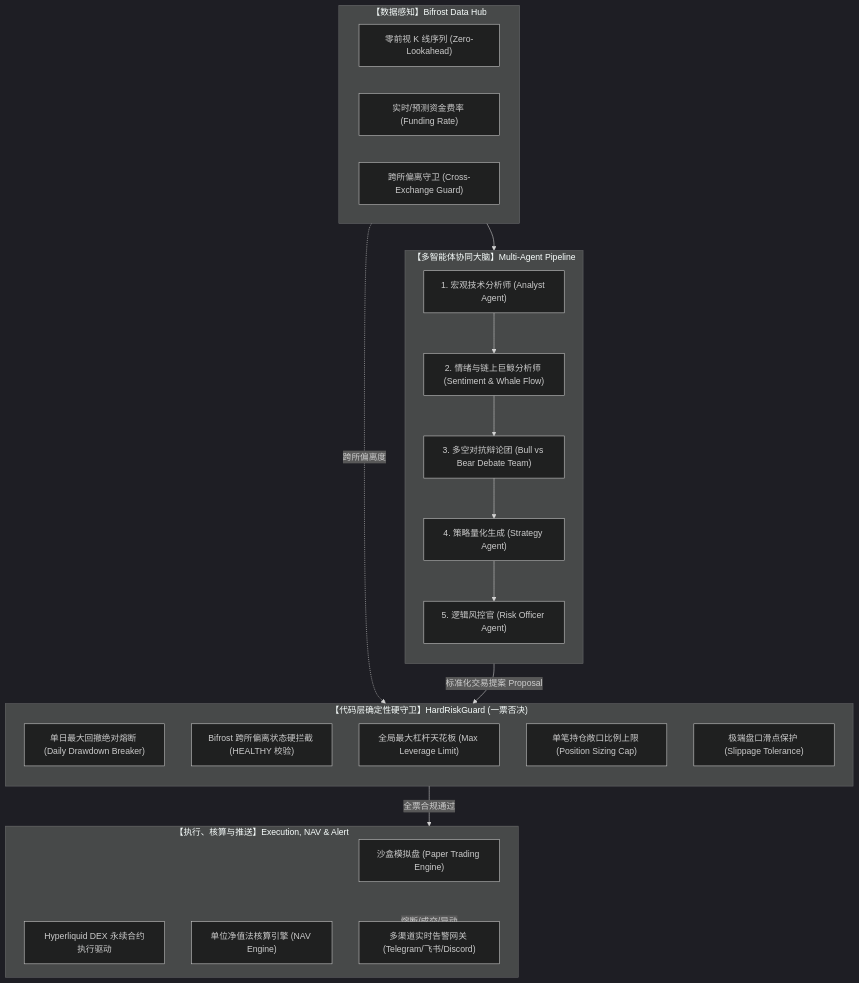
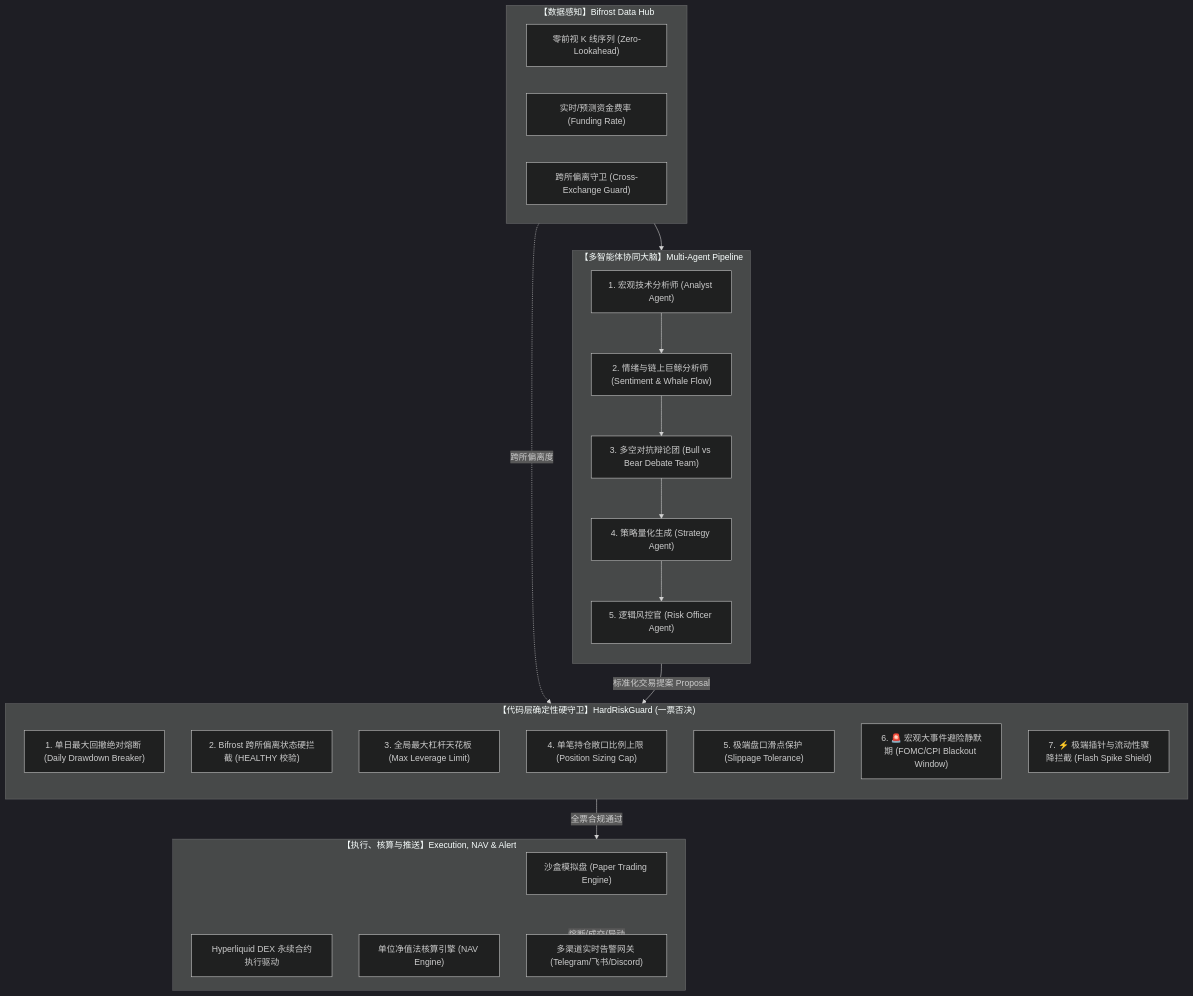
Before and after one commit to open-agentpay/heimdall-trading: the diagram in README_ZH.md, drawn with Mermaid (dark theme). The commit also changed other lines of this file and 7 other files, not shown here.

Commit message:
feat(risk): enhance extreme market protection with macro event blackout calendar and flash spike guard (7 Iron Rules)

````diff
--- a/README_ZH.md
+++ b/README_ZH.md
@@ -53,40 +53,42 @@
 ```mermaid
 flowchart TD
     subgraph Data["【数据感知】Bifrost Data Hub"]
         B1["零前视 K 线序列 (Zero-Lookahead)"]
         B2["实时/预测资金费率 (Funding Rate)"]
         B3["跨所偏离守卫 (Cross-Exchange Guard)"]
     end
 
     subgraph Swarm["【多智能体协同大脑】Multi-Agent Pipeline"]
         direction TB
         A1["1. 宏观技术分析师 (Analyst Agent)"]
         A5["2. 情绪与链上巨鲸分析师 (Sentiment & Whale Flow)"]
         A2["3. 多空对抗辩论团 (Bull vs Bear Debate Team)"]
         A3["4. 策略量化生成 (Strategy Agent)"]
         A4["5. 逻辑风控官 (Risk Officer Agent)"]
         A1 --> A5 --> A2 --> A3 --> A4
     end
 
     subgraph Guard["【代码层确定性硬守卫】HardRiskGuard (一票否决)"]
         direction TB
-        G1["单日最大回撤绝对熔断 (Daily Drawdown Breaker)"]
-        G2["Bifrost 跨所偏离状态硬拦截 (HEALTHY 校验)"]
-        G3["全局最大杠杆天花板 (Max Leverage Limit)"]
-        G4["单笔持仓敞口比例上限 (Position Sizing Cap)"]
-        G5["极端盘口滑点保护 (Slippage Tolerance)"]
+        G1["1. 单日最大回撤绝对熔断 (Daily Drawdown Breaker)"]
+        G2["2. Bifrost 跨所偏离状态硬拦截 (HEALTHY 校验)"]
+        G3["3. 全局最大杠杆天花板 (Max Leverage Limit)"]
+        G4["4. 单笔持仓敞口比例上限 (Position Sizing Cap)"]
+        G5["5. 极端盘口滑点保护 (Slippage Tolerance)"]
+        G6["6. 🚨 宏观大事件避险静默期 (FOMC/CPI Blackout Window)"]
+        G7["7. ⚡ 极端插针与流动性骤降拦截 (Flash Spike Shield)"]
     end
 
     subgraph Exec["【执行、核算与推送】Execution, NAV & Alert"]
         E1["沙盒模拟盘 (Paper Trading Engine)"]
         E2["Hyperliquid DEX 永续合约执行驱动"]
         E3["单位净值法核算引擎 (NAV Engine)"]
         E4["多渠道实时告警网关 (Telegram/飞书/Discord)"]
     end
 
     Data --> Swarm
     Data -.->|跨所偏离度| Guard
     Swarm -->|标准化交易提案 Proposal| Guard
     Guard -->|全票合规通过| Exec
     Exec -->|熔断/成交/异动| E4
 ```
````
